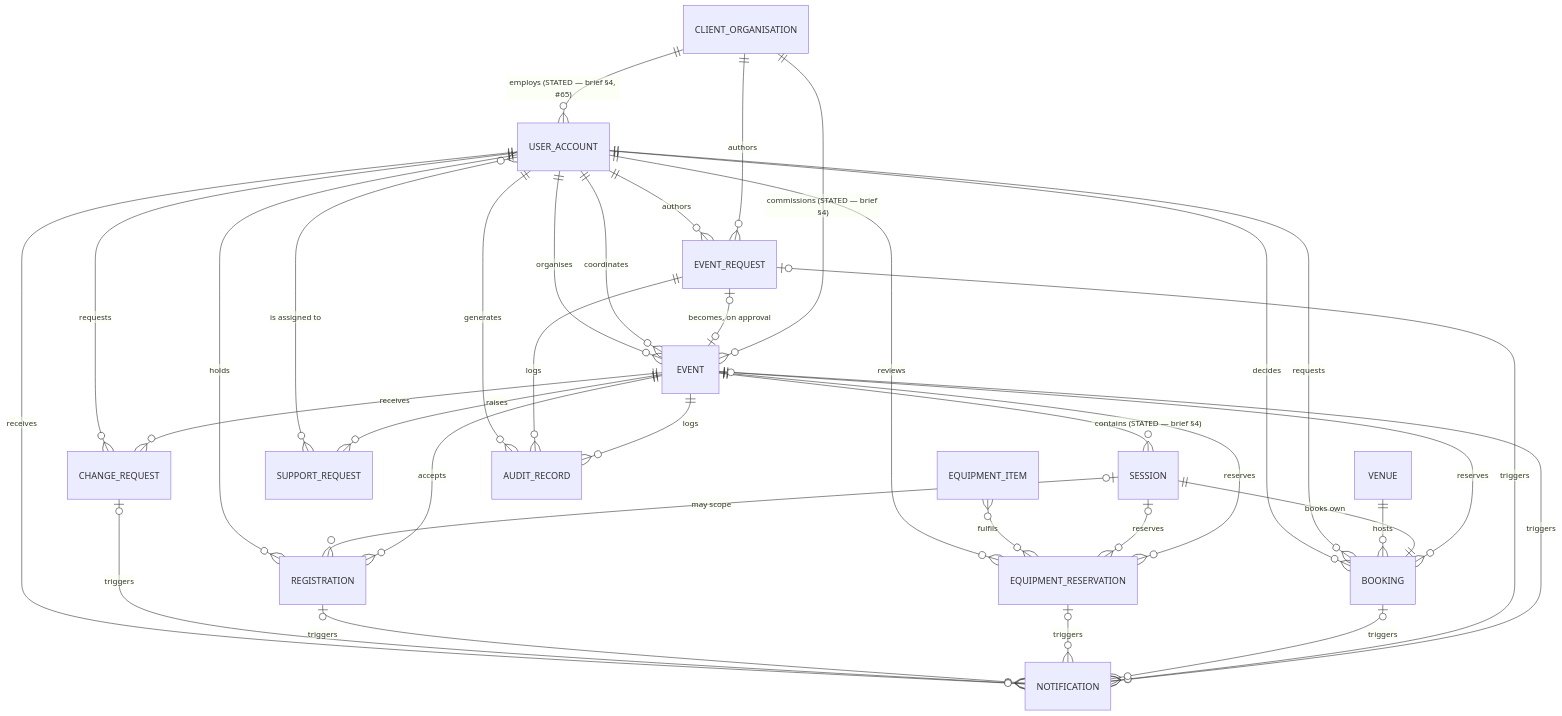
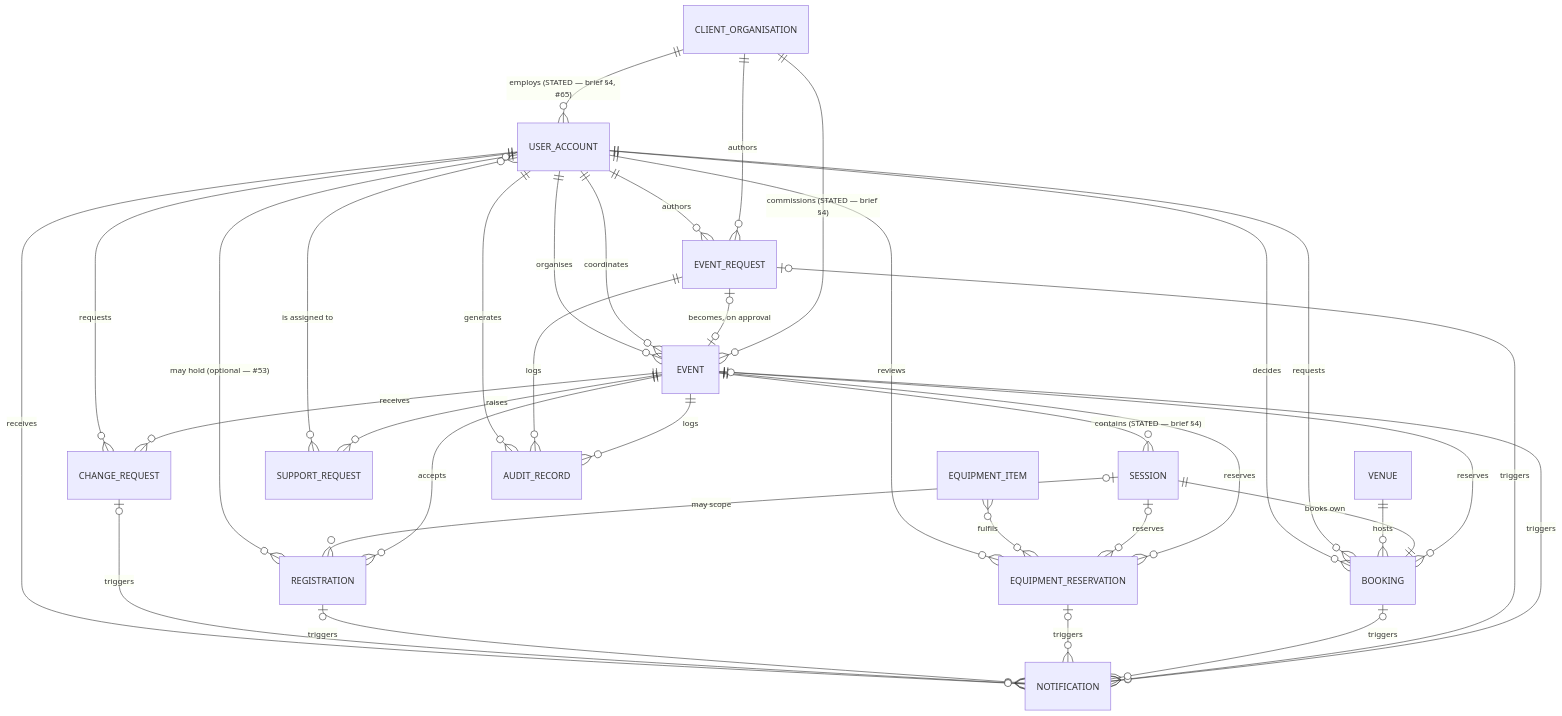
One commit to SPM-T6-Pygmies/spm-212-t6-brain changed the first of 2 diagrams in wiki/domain/domain-model.md. Above: the diagram before and after it, drawn with Mermaid. The commit also changed other lines of this file and 8 other files, not shown here.

````diff
--- a/wiki/domain/domain-model.md
+++ b/wiki/domain/domain-model.md
@@ -42,40 +42,40 @@
 ```mermaid
 erDiagram
     %% ── The only three customer-stated cardinalities in this domain layer ──
     CLIENT_ORGANISATION ||--o{ USER_ACCOUNT : "employs (STATED — brief §4, #65)"
     CLIENT_ORGANISATION ||--o{ EVENT : "commissions (STATED — brief §4)"
     EVENT ||--o{ SESSION : "contains (STATED — brief §4)"
 
     %% ── Everything below is inferred by this wiki, not customer-stated ──
     CLIENT_ORGANISATION ||--o{ EVENT_REQUEST : authors
     EVENT_REQUEST |o--o| EVENT : "becomes, on approval"
     EVENT ||--o{ BOOKING : reserves
     SESSION ||--|| BOOKING : "books own"
     VENUE ||--o{ BOOKING : hosts
     EVENT ||--o{ EQUIPMENT_RESERVATION : reserves
     SESSION |o--o{ EQUIPMENT_RESERVATION : reserves
     EQUIPMENT_ITEM }o--o{ EQUIPMENT_RESERVATION : fulfils
     EVENT ||--o{ SUPPORT_REQUEST : raises
     EVENT ||--o{ REGISTRATION : accepts
     SESSION |o--o{ REGISTRATION : "may scope"
     EVENT ||--o{ CHANGE_REQUEST : receives
     EVENT ||--o{ AUDIT_RECORD : logs
     EVENT_REQUEST ||--o{ AUDIT_RECORD : logs
     EVENT |o--o{ NOTIFICATION : triggers
     EVENT_REQUEST |o--o{ NOTIFICATION : triggers
     BOOKING |o--o{ NOTIFICATION : triggers
     EQUIPMENT_RESERVATION |o--o{ NOTIFICATION : triggers
     REGISTRATION |o--o{ NOTIFICATION : triggers
     CHANGE_REQUEST |o--o{ NOTIFICATION : triggers
     USER_ACCOUNT ||--o{ NOTIFICATION : receives
     USER_ACCOUNT ||--o{ EVENT_REQUEST : authors
     USER_ACCOUNT ||--o{ EVENT : coordinates
     USER_ACCOUNT ||--o{ EVENT : organises
     USER_ACCOUNT ||--o{ BOOKING : requests
     USER_ACCOUNT ||--o{ BOOKING : decides
     USER_ACCOUNT ||--o{ EQUIPMENT_RESERVATION : reviews
     USER_ACCOUNT }o--o{ SUPPORT_REQUEST : "is assigned to"
     USER_ACCOUNT ||--o{ CHANGE_REQUEST : requests
-    USER_ACCOUNT ||--o{ REGISTRATION : holds
+    USER_ACCOUNT |o--o{ REGISTRATION : "may hold (optional — #53)"
     USER_ACCOUNT ||--o{ AUDIT_RECORD : generates
 ```
````
